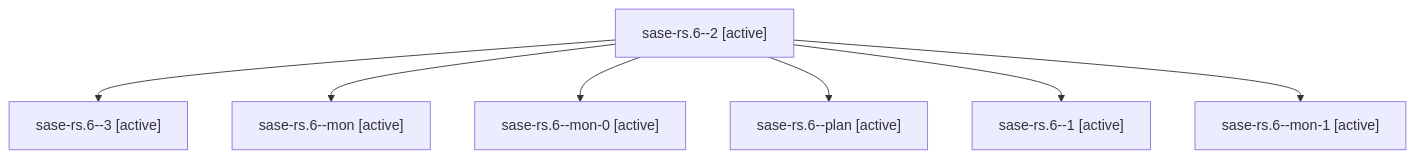
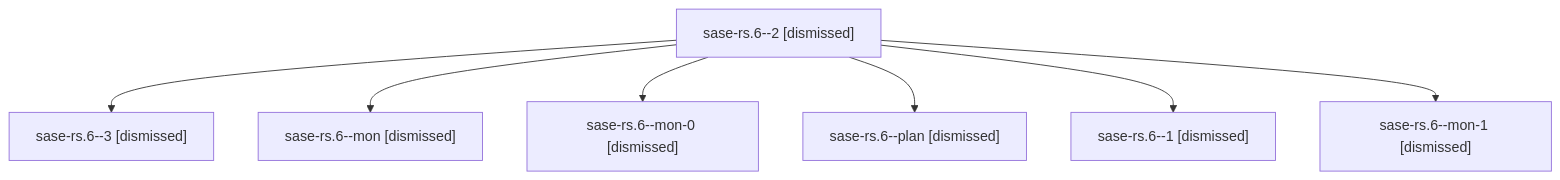
One commit to sase-org/sase--agents changed the diagram in sessions/bbugyi200.athena.sase-rs.6.md. Above: the diagram before and after it, drawn with Mermaid. The commit also changed other lines of this file and 172 other files, not shown here.

````diff
--- a/sessions/bbugyi200.athena.sase-rs.6.md
+++ b/sessions/bbugyi200.athena.sase-rs.6.md
@@ -9,16 +9,16 @@
 ```mermaid
 flowchart TD
-  n0["sase-rs.6--2 [active]"]
-  n1["sase-rs.6--3 [active]"]
+  n0["sase-rs.6--2 [dismissed]"]
+  n1["sase-rs.6--3 [dismissed]"]
   n0 --> n1
-  n2["sase-rs.6--mon [active]"]
+  n2["sase-rs.6--mon [dismissed]"]
   n0 --> n2
-  n3["sase-rs.6--mon-0 [active]"]
+  n3["sase-rs.6--mon-0 [dismissed]"]
   n0 --> n3
-  n4["sase-rs.6--plan [active]"]
+  n4["sase-rs.6--plan [dismissed]"]
   n0 --> n4
-  n5["sase-rs.6--1 [active]"]
+  n5["sase-rs.6--1 [dismissed]"]
   n0 --> n5
-  n6["sase-rs.6--mon-1 [active]"]
+  n6["sase-rs.6--mon-1 [dismissed]"]
   n0 --> n6
 ```
````
